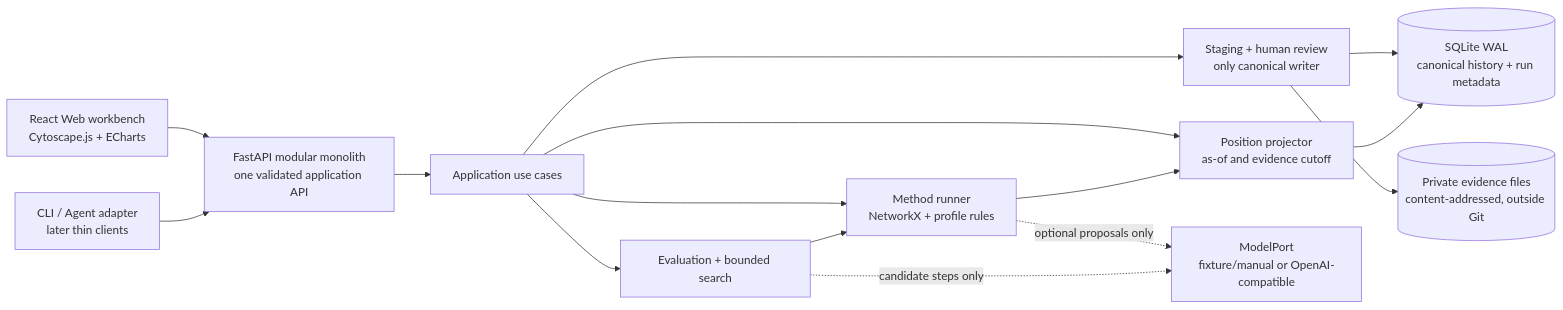
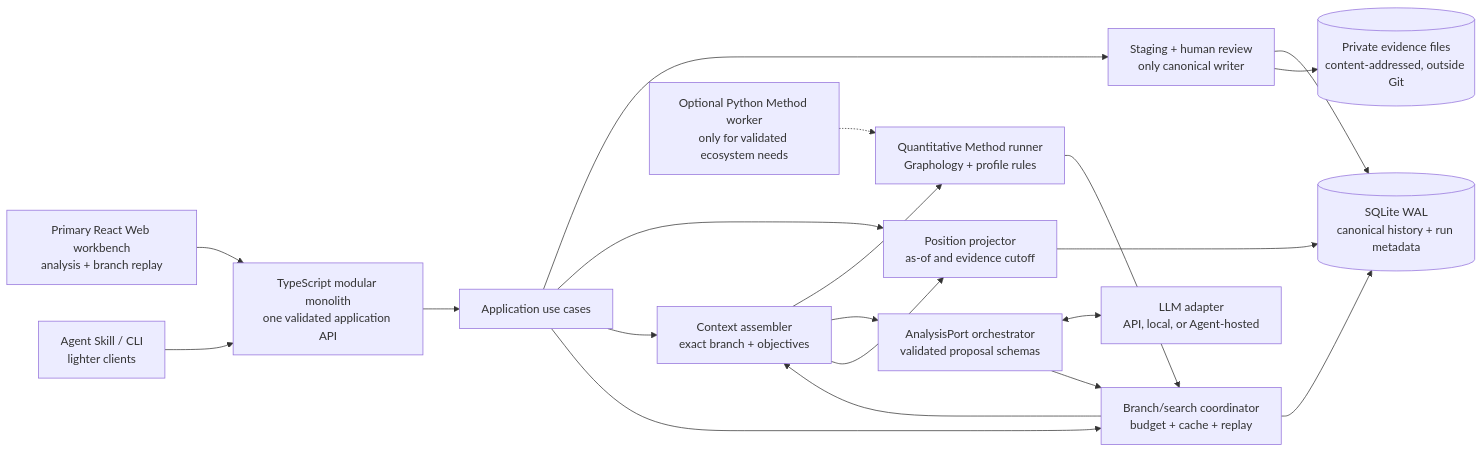
The diagram in docs/architecture/architecture.md (jadelaglace/StockMesh), drawn with Mermaid before and after one commit. The commit also changed other lines of this file and 14 other files, not shown here.

Commit message:
docs: adopt llm analysis and branch architecture

````diff
--- a/docs/architecture/architecture.md
+++ b/docs/architecture/architecture.md
@@ -36,17 +39,22 @@
 ```mermaid
 flowchart LR
-    UI["React Web workbench<br/>Cytoscape.js + ECharts"] --> API["FastAPI modular monolith<br/>one validated application API"]
-    CLIENT["CLI / Agent adapter<br/>later thin clients"] --> API
+    UI["Primary React Web workbench<br/>analysis + branch replay"] --> API["TypeScript modular monolith<br/>one validated application API"]
+    CLIENT["Agent Skill / CLI<br/>lighter clients"] --> API
     API --> USE["Application use cases"]
     USE --> REVIEW["Staging + human review<br/>only canonical writer"]
     USE --> POSITION["Position projector<br/>as-of and evidence cutoff"]
-    USE --> METHODS["Method runner<br/>NetworkX + profile rules"]
-    USE --> SEARCH["Evaluation + bounded search"]
+    USE --> CONTEXT["Context assembler<br/>exact branch + objectives"]
+    USE --> SEARCH["Branch/search coordinator<br/>budget + cache + replay"]
+    CONTEXT --> METHODS["Quantitative Method runner<br/>Graphology + profile rules"]
+    CONTEXT --> ANALYSIS["AnalysisPort orchestrator<br/>validated proposal schemas"]
+    SEARCH --> CONTEXT
+    ANALYSIS <--> LLM["LLM adapter<br/>API, local, or Agent-hosted"]
     REVIEW --> DB[("SQLite WAL<br/>canonical history + run metadata")]
     REVIEW --> FILES[("Private evidence files<br/>content-addressed, outside Git")]
     POSITION --> DB
-    METHODS --> POSITION
-    SEARCH --> METHODS
-    METHODS -. "optional proposals only" .-> MODEL["ModelPort<br/>fixture/manual or OpenAI-compatible"]
-    SEARCH -. "candidate steps only" .-> MODEL
+    CONTEXT --> POSITION
+    METHODS --> SEARCH
+    ANALYSIS --> SEARCH
+    SEARCH --> DB
+    WORKER["Optional Python Method worker<br/>only for validated ecosystem needs"] -.-> METHODS
 ```
````
